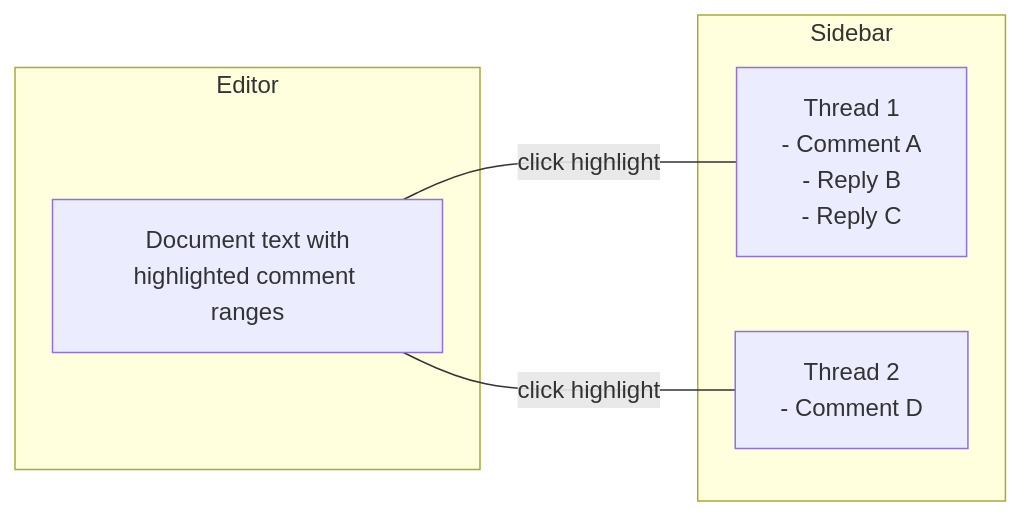
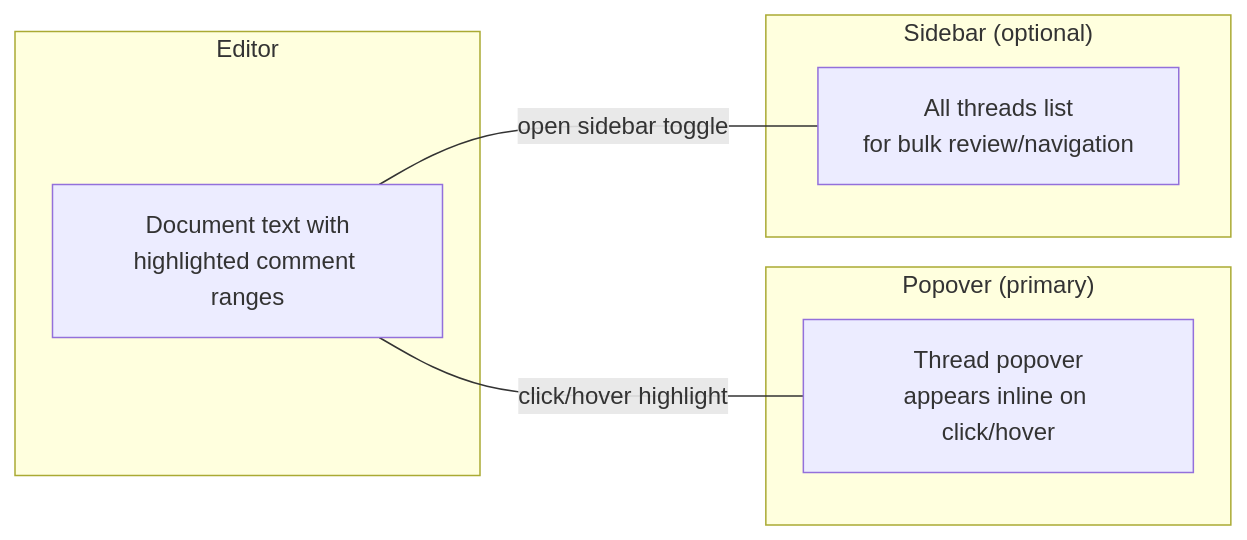
The sixth of 14 diagrams in docs/explorations/COMMENTING_SYSTEM.md (crs48/xNet), drawn with Mermaid before and after one commit. The commit also changed other lines of this file, not shown here.

Commit message:
Add inline comment popover UX and edit history section to commenting exploration

````diff
--- a/docs/explorations/COMMENTING_SYSTEM.md
+++ b/docs/explorations/COMMENTING_SYSTEM.md
@@ -394,14 +552,17 @@
 ```mermaid
 flowchart LR
     subgraph "Editor"
-        TEXT[Document text with<br/>highlighted comment ranges]
+        TEXT["Document text with<br/>highlighted comment ranges"]
     end
 
-    subgraph "Sidebar"
-        THREAD1[Thread 1<br/>- Comment A<br/>- Reply B<br/>- Reply C]
-        THREAD2[Thread 2<br/>- Comment D]
+    subgraph "Popover (primary)"
+        POP["Thread popover<br/>appears inline on click/hover"]
     end
 
-    TEXT ---|click highlight| THREAD1
-    TEXT ---|click highlight| THREAD2
+    subgraph "Sidebar (optional)"
+        SIDE["All threads list<br/>for bulk review/navigation"]
+    end
+
+    TEXT ---|"click/hover highlight"| POP
+    TEXT ---|"open sidebar toggle"| SIDE
 ```
````
